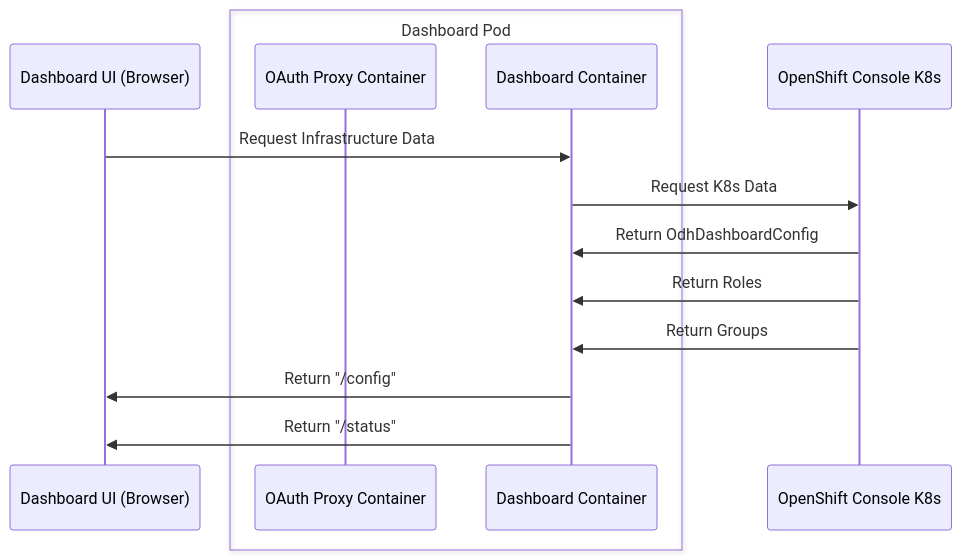
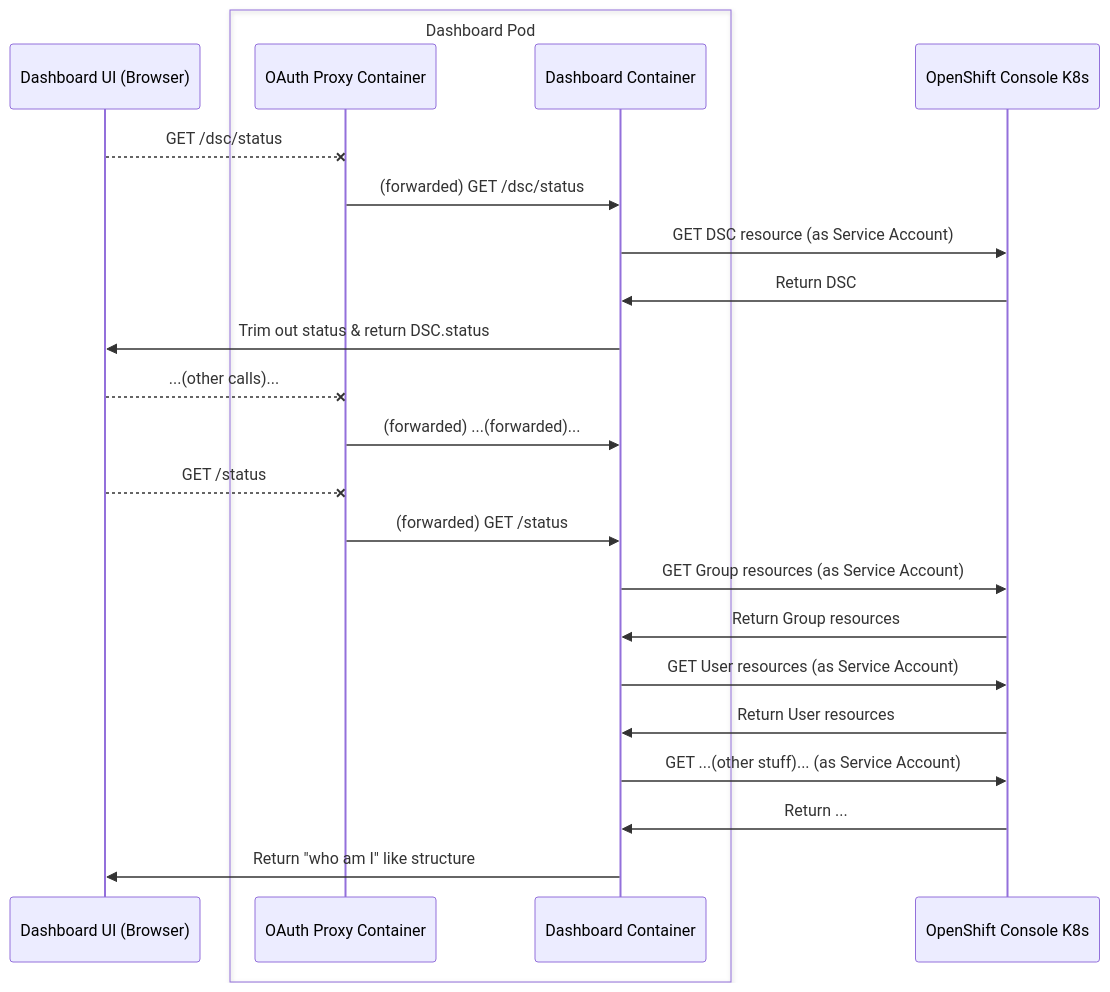
Before and after one commit to opendatahub-io/architecture-decision-records: the second of 2 diagrams in documentation/components/dashboard/README.md, drawn with Mermaid.

Commit message:
Update for more detail including touching the OAuth Proxy

````diff
--- a/documentation/components/dashboard/README.md
+++ b/documentation/components/dashboard/README.md
@@ -49,20 +49,27 @@
 ```mermaid
 sequenceDiagram
     participant DashboardUI as Dashboard UI (Browser)
     box Dashboard Pod
-    participant OAuth Proxy Container
+    participant OAuth as OAuth Proxy Container
     participant Dashboard as Dashboard Container
     end
     participant OpenShift as OpenShift Console K8s
 
-    %% Corresponds to routes in backend/src/routes/api/k8s
-    DashboardUI->>Dashboard: Request Infrastructure Data
-    
-    %% Corresponds to routes in backend/src/routes/api/dashboardConfig and backend/src/routes/api/groups-config
-    Dashboard->>OpenShift: Request K8s Data
-    OpenShift->>Dashboard: Return OdhDashboardConfig
-    OpenShift->>Dashboard: Return Roles
-    OpenShift->>Dashboard: Return Groups
-    Dashboard->>DashboardUI: Return "/config"
-    Dashboard->>DashboardUI: Return "/status"
+    %% All requests go through the OAuth Proxy
+    DashboardUI--xOAuth: GET /dsc/status
+    OAuth->>Dashboard: (forwarded) GET /dsc/status
+    Dashboard->>OpenShift: GET DSC resource (as Service Account)
+    OpenShift->>Dashboard: Return DSC
+    Dashboard->>DashboardUI: Trim out status & return DSC.status
+    DashboardUI--xOAuth: ...(other calls)...
+    OAuth->>Dashboard: (forwarded) ...(forwarded)...
+    DashboardUI--xOAuth: GET /status
+    OAuth->>Dashboard: (forwarded) GET /status
+    Dashboard->>OpenShift: GET Group resources (as Service Account)
+    OpenShift->>Dashboard: Return Group resources
+    Dashboard->>OpenShift: GET User resources (as Service Account)
+    OpenShift->>Dashboard: Return User resources
+    Dashboard->>OpenShift: GET ...(other stuff)... (as Service Account)
+    OpenShift->>Dashboard: Return ...
+    Dashboard->>DashboardUI: Return "who am I" like structure
 ```
````
